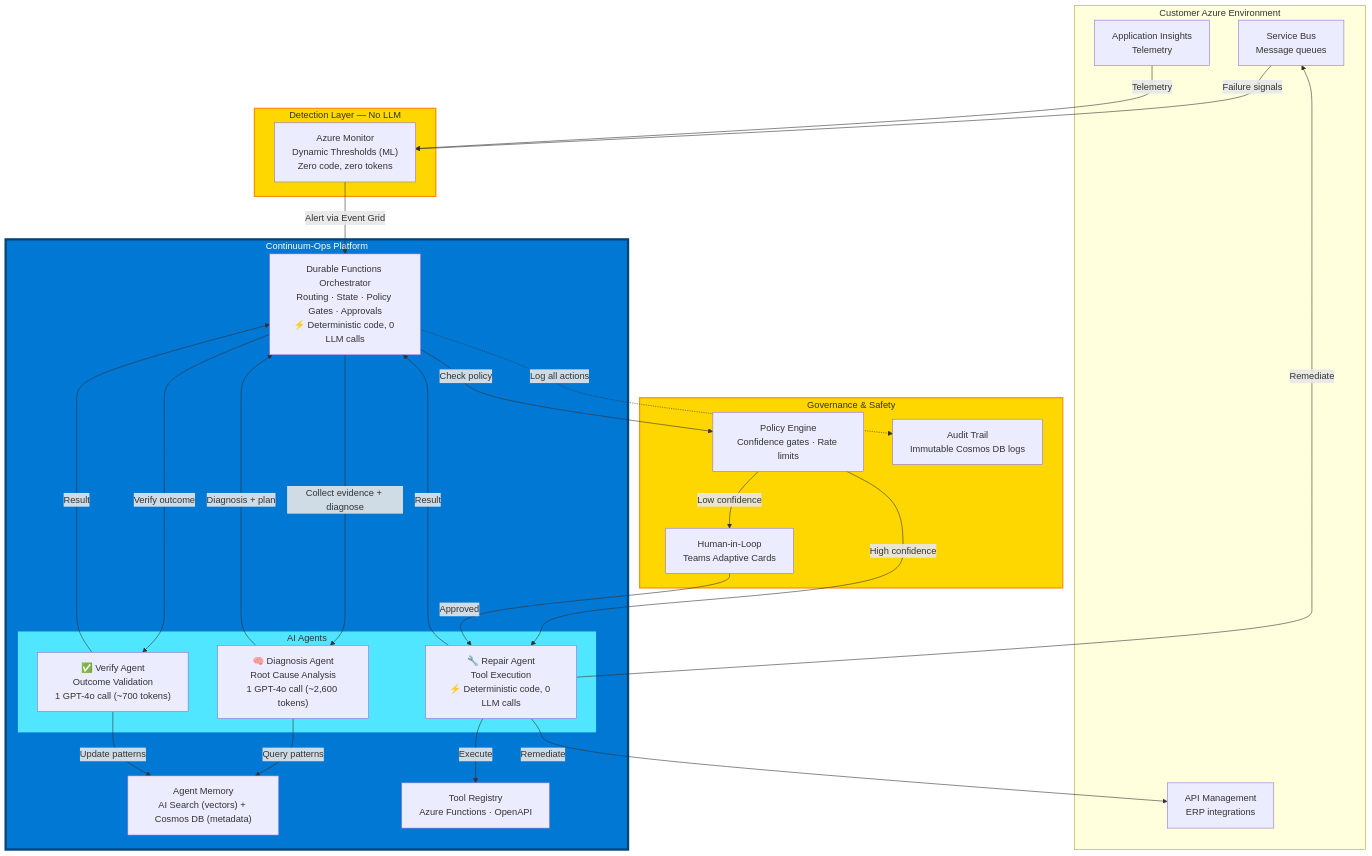
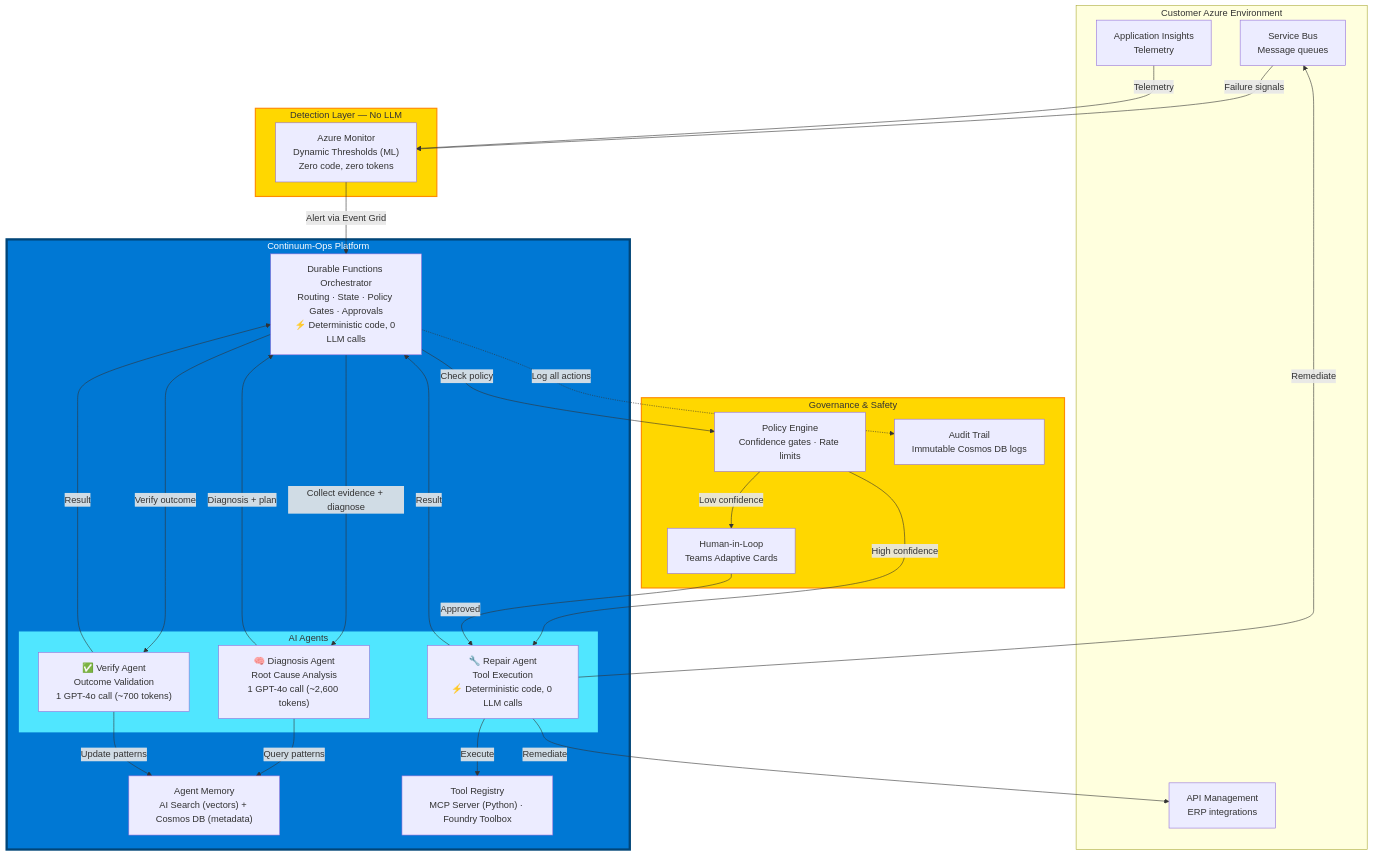
One commit to mayankgupta7673/Continuum-Ops changed the third of 6 diagrams in docs/00-Product-Overview.md. Above: the diagram before and after it, drawn with Mermaid. The commit also changed other lines of this file and 48 other files, not shown here.

Commit message:
Updating Initial Code and Flow

````diff
--- a/docs/00-Product-Overview.md
+++ b/docs/00-Product-Overview.md
@@ -89,60 +89,60 @@
 ```mermaid
 graph TB
     subgraph CustomerEnvironment[Customer Azure Environment]
         SERVICEBUS[Service Bus<br/>Message queues]
         APIM[API Management<br/>ERP integrations]
         APPINSIGHTS[Application Insights<br/>Telemetry]
     end
     
     subgraph Detection[Detection Layer — No LLM]
         AZMON["Azure Monitor<br/>Dynamic Thresholds (ML)<br/>Zero code, zero tokens"]
     end
     
     subgraph Platform[Continuum-Ops Platform]
         ORCH["Durable Functions Orchestrator<br/>Routing · State · Policy Gates · Approvals<br/>⚡ Deterministic code, 0 LLM calls"]
         
         subgraph Agents[AI Agents]
             DIAG["🧠 Diagnosis Agent<br/>Root Cause Analysis<br/>1 GPT-4o call (~2,600 tokens)"]
             REPAIR["🔧 Repair Agent<br/>Tool Execution<br/>⚡ Deterministic code, 0 LLM calls"]
             VERIFY["✅ Verify Agent<br/>Outcome Validation<br/>1 GPT-4o call (~700 tokens)"]
         end
         
         MEMORY["Agent Memory<br/>AI Search (vectors) + Cosmos DB (metadata)"]
-        TOOLS["Tool Registry<br/>Azure Functions · OpenAPI"]
+        TOOLS["Tool Registry<br/>MCP Server (Python) · Foundry Toolbox"]
     end
     
     subgraph Governance[Governance & Safety]
         POLICY["Policy Engine<br/>Confidence gates · Rate limits"]
         APPROVAL["Human-in-Loop<br/>Teams Adaptive Cards"]
         AUDIT["Audit Trail<br/>Immutable Cosmos DB logs"]
     end
     
     SERVICEBUS -->|Failure signals| AZMON
     APPINSIGHTS -->|Telemetry| AZMON
     
     AZMON -->|Alert via Event Grid| ORCH
     ORCH -->|Collect evidence + diagnose| DIAG
     DIAG -->|Query patterns| MEMORY
     DIAG -->|Diagnosis + plan| ORCH
     
     ORCH -->|Check policy| POLICY
     POLICY -->|High confidence| REPAIR
     POLICY -->|Low confidence| APPROVAL
     APPROVAL -->|Approved| REPAIR
     
     REPAIR -->|Execute| TOOLS
     REPAIR -->|Remediate| SERVICEBUS
     REPAIR -->|Remediate| APIM
     REPAIR -->|Result| ORCH
     
     ORCH -->|Verify outcome| VERIFY
     VERIFY -->|Update patterns| MEMORY
     VERIFY -->|Result| ORCH
     
     ORCH -.->|Log all actions| AUDIT
     
     style Detection fill:#FFD700,stroke:#FF8C00,stroke-width:2px
     style Platform fill:#0078d4,stroke:#004578,stroke-width:4px,color:#fff
     style Agents fill:#50e6ff,stroke:#0078d4,stroke-width:2px
     style Governance fill:#FFD700,stroke:#FF8C00,stroke-width:2px
 ```
````
